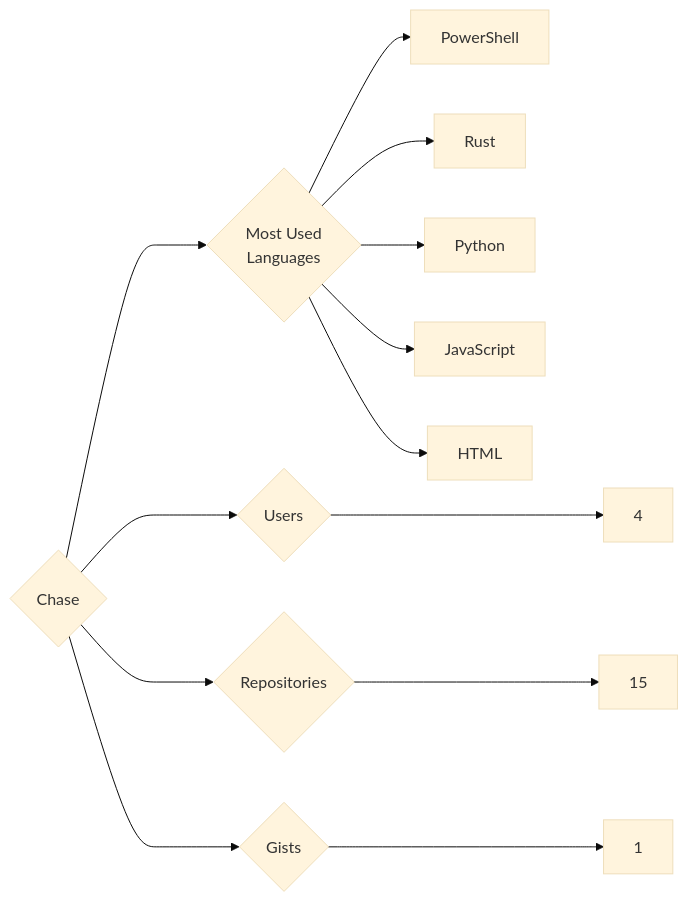
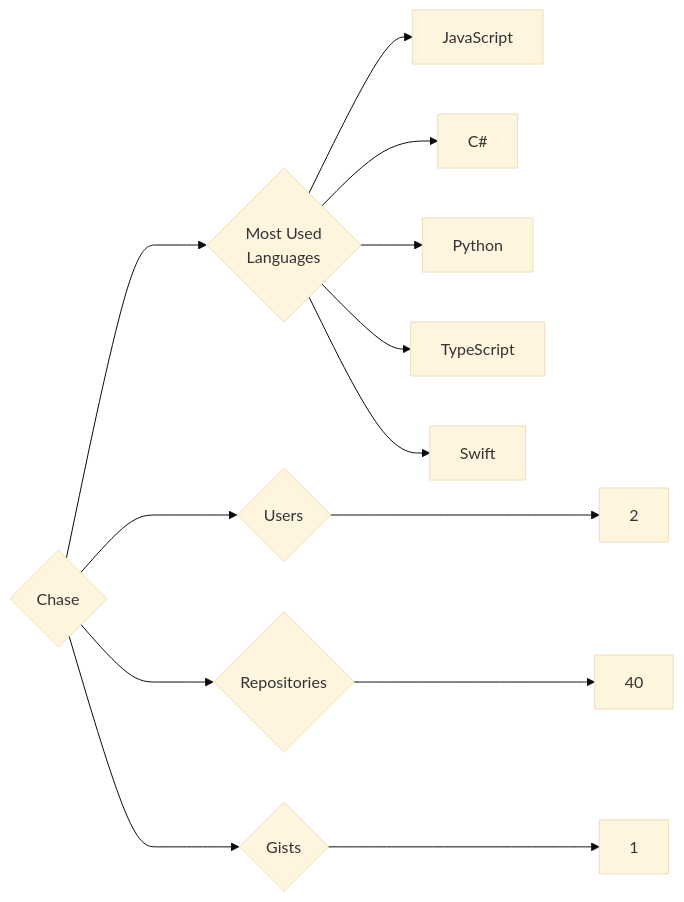
One commit to trickest/insiders changed the diagram in targets/Chase/README.md. Above: the diagram before and after it, drawn with Mermaid (base theme). The commit also changed 815 other files, not shown here.

````diff
--- a/targets/Chase/README.md
+++ b/targets/Chase/README.md
@@ -3,13 +3,13 @@
 ```mermaid
 graph LR
 COMPANY_NAME{Chase}
-COMPANY_NAME ---> U{Users} ---> UN[4]
-COMPANY_NAME ---> R{Repositories} ---> RN[15]
+COMPANY_NAME ---> U{Users} ---> UN[2]
+COMPANY_NAME ---> R{Repositories} ---> RN[40]
 COMPANY_NAME ---> G{Gists} ---> GN[1]
 COMPANY_NAME ---> ML{Most Used<br>Languages}
-ML --> PowerShell[PowerShell]
-ML --> Rust[Rust]
+ML --> JavaScript[JavaScript]
+ML --> C#[C#]
 ML --> Python[Python]
-ML --> JavaScript[JavaScript]
-ML --> HTML[HTML]
+ML --> TypeScript[TypeScript]
+ML --> Swift[Swift]
 ```
````
